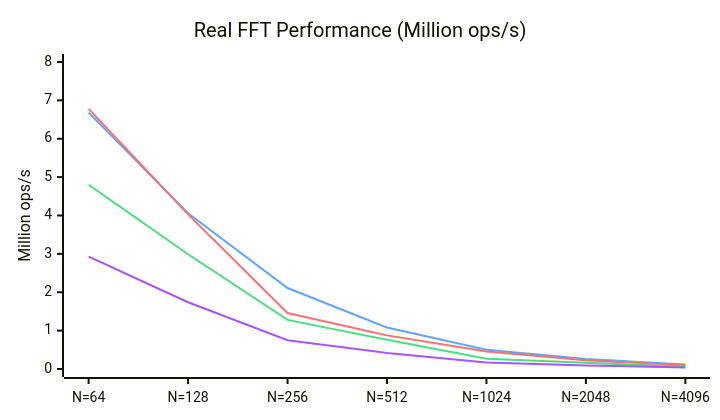
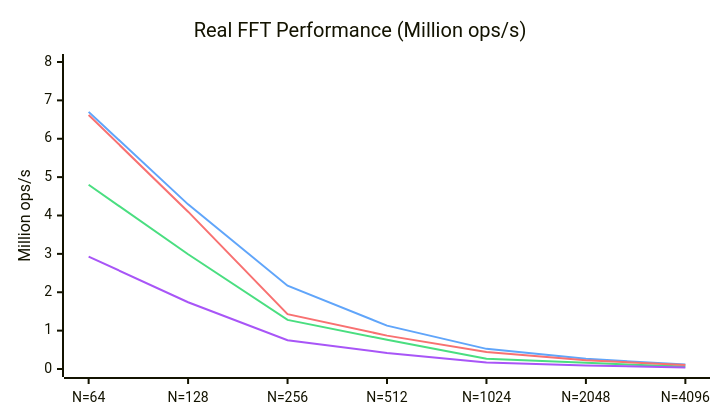
The second of 2 diagrams in README.md (EmNudge/wat-fft), drawn with Mermaid before and after one commit. The commit also changed other lines of this file and 3 other files, not shown here.

````diff
--- a/README.md
+++ b/README.md
@@ -59,19 +59,19 @@
 ```mermaid
 ---
 config:
     xyChart:
         width: 700
         height: 400
     themeVariables:
         xyChart:
             plotColorPalette: "#4ade80, #60a5fa, #f87171, #a855f7"
 ---
 xychart-beta
     title "Real FFT Performance (Million ops/s)"
     x-axis [N=64, N=128, N=256, N=512, N=1024, N=2048, N=4096]
     y-axis "Million ops/s" 0 --> 8
     line [4.80, 2.99, 1.28, 0.76, 0.27, 0.16, 0.062]
-    line [6.68, 4.06, 2.11, 1.08, 0.504, 0.263, 0.116]
-    line [6.78, 4.03, 1.46, 0.876, 0.458, 0.225, 0.101]
+    line [6.70, 4.29, 2.17, 1.13, 0.525, 0.264, 0.116]
+    line [6.62, 4.10, 1.43, 0.87, 0.444, 0.225, 0.105]
     line [2.93, 1.74, 0.75, 0.42, 0.17, 0.094, 0.039]
 ```
````
